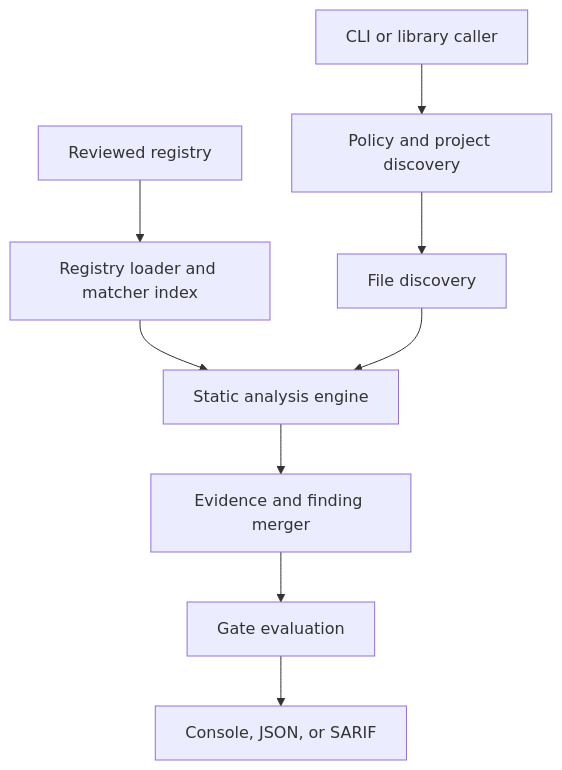
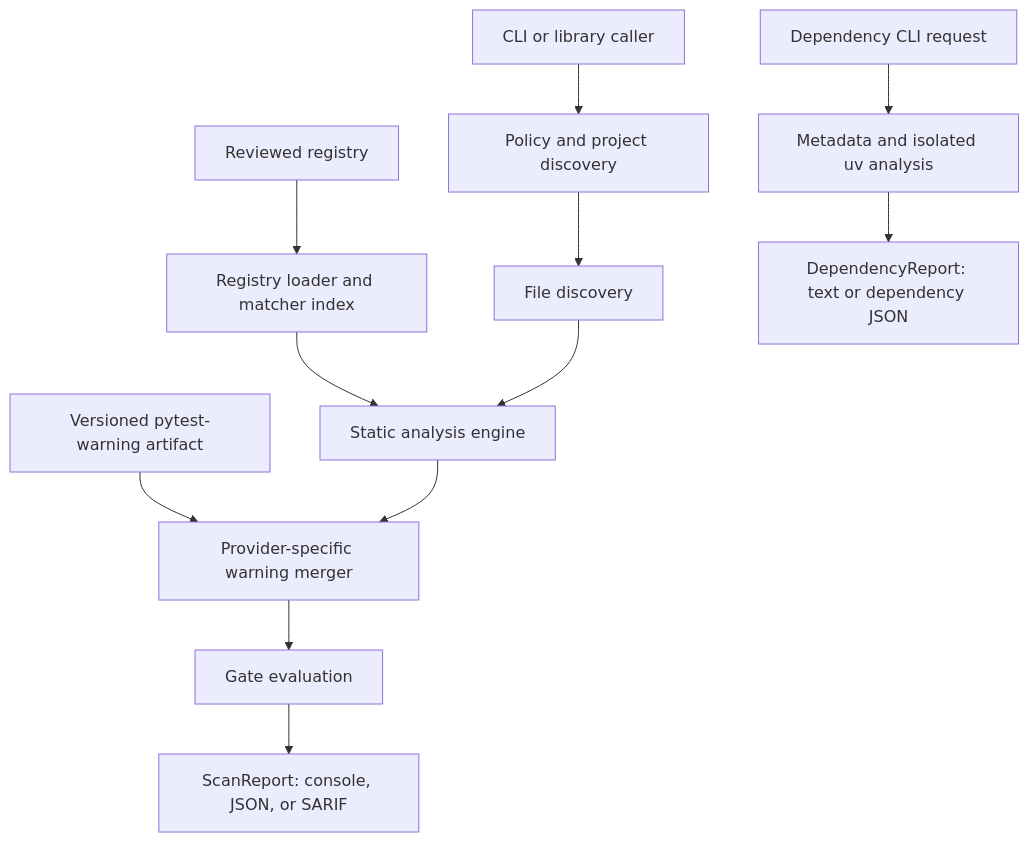
Before and after one commit to diegorusso/pyahead: the first of 2 diagrams in docs/design.md, drawn with Mermaid. The commit also changed other lines of this file and 10 other files, not shown here.

````diff
--- a/docs/design.md
+++ b/docs/design.md
@@ -435,11 +439,14 @@
 ```mermaid
 flowchart TD
     A["CLI or library caller"] --> B["Policy and project discovery"]
     R["Reviewed registry"] --> C["Registry loader and matcher index"]
     B --> D["File discovery"]
     C --> E["Static analysis engine"]
     D --> E
-    E --> F["Evidence and finding merger"]
+    W["Versioned pytest-warning artifact"] --> F["Provider-specific warning merger"]
+    E --> F
     F --> G["Gate evaluation"]
-    G --> H["Console, JSON, or SARIF"]
+    G --> H["ScanReport: console, JSON, or SARIF"]
+    I["Dependency CLI request"] --> J["Metadata and isolated uv analysis"]
+    J --> K["DependencyReport: text or dependency JSON"]
 ```
````
